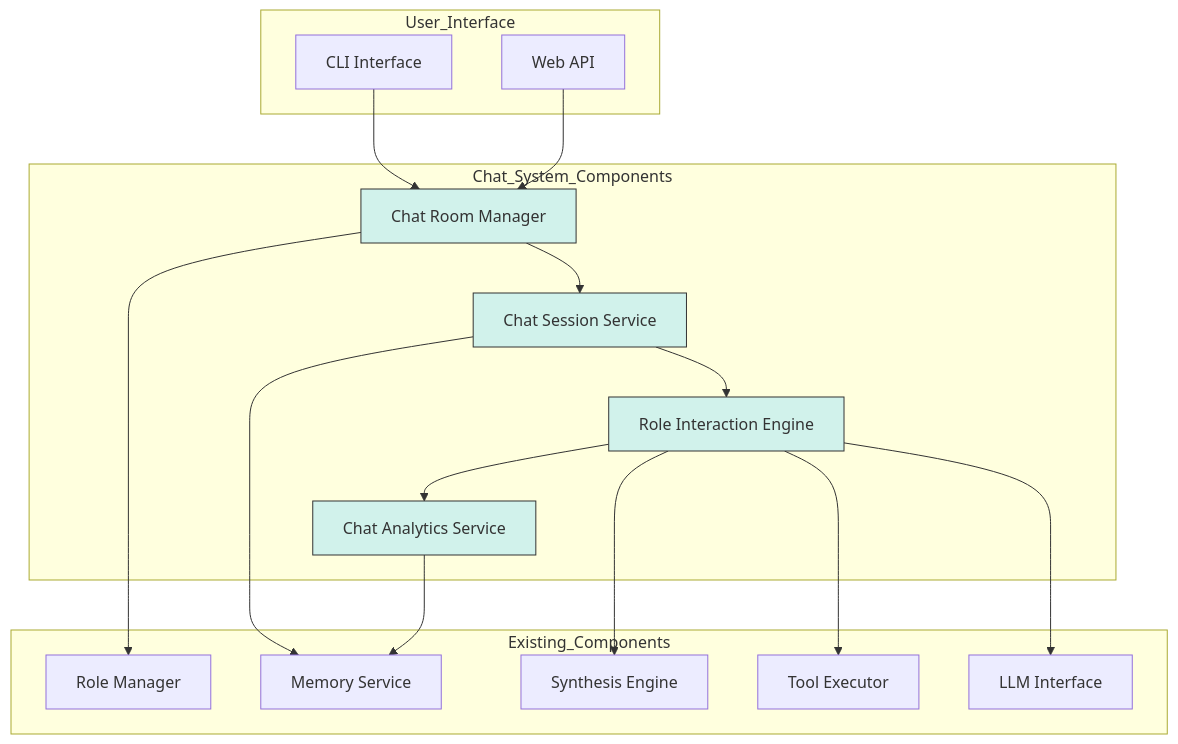
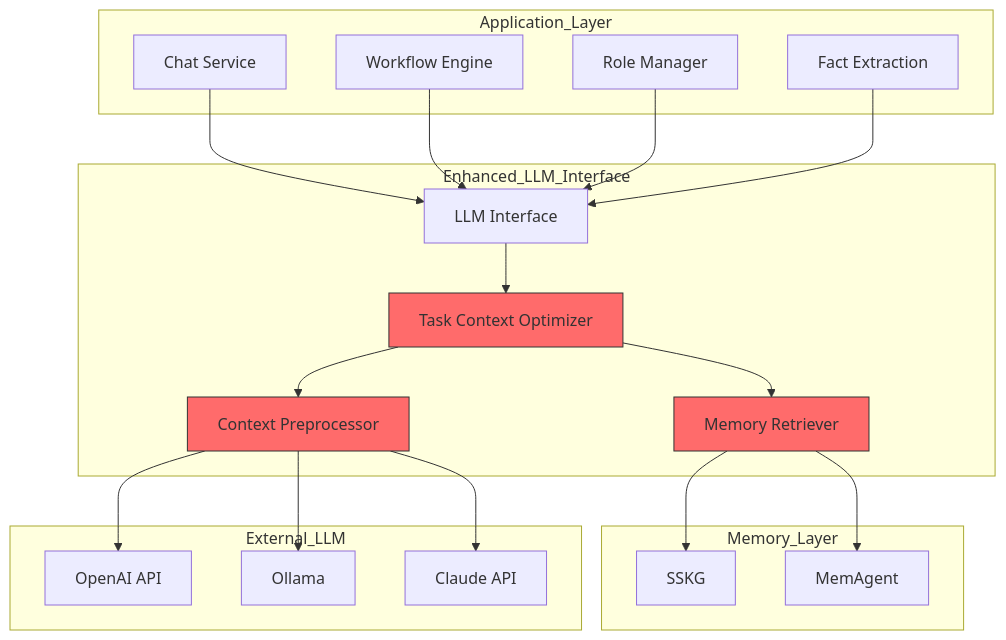
One commit to ptreezh/daip_mvp changed the second of 3 diagrams in .kiro/specs/virtual-role-chat-system/design.md. Above: the diagram before and after it, drawn with Mermaid. The commit also changed other lines of this file and 128 other files, not shown here.

````diff
--- a/.kiro/specs/virtual-role-chat-system/design.md
+++ b/.kiro/specs/virtual-role-chat-system/design.md
@@ -13,41 +671,47 @@
 ```mermaid
 graph TD
-    subgraph User_Interface
-        CLI[CLI Interface]
-        API[Web API]
+    subgraph Application_Layer
+        ChatService[Chat Service]
+        WorkflowEngine[Workflow Engine]
+        RoleManager[Role Manager]
+        FactExtraction[Fact Extraction]
     end
-
-    subgraph Chat_System_Components
-        ChatRoomManager[Chat Room Manager]
-        ChatSessionService[Chat Session Service]
-        RoleInteractionEngine[Role Interaction Engine]
-        ChatAnalyticsService[Chat Analytics Service]
+    
+    subgraph Enhanced_LLM_Interface
+        LLMInterface[LLM Interface]
+        TaskContextOptimizer[Task Context Optimizer]
+        ContextPreprocessor[Context Preprocessor]
+        MemoryRetriever[Memory Retriever]
     end
-
-    subgraph Existing_Components
-        RoleManager[Role Manager]
-        MemoryService[Memory Service]
-        SynthesisEngine[Synthesis Engine]
-        ToolExecutor[Tool Executor]
-        LLMInterface[LLM Interface]
+    
+    subgraph Memory_Layer
+        SSKG[SSKG]
+        MemAgent[MemAgent]
     end
-
-    CLI --> ChatRoomManager
-    API --> ChatRoomManager
     
-    ChatRoomManager --> ChatSessionService
-    ChatSessionService --> RoleInteractionEngine
-    RoleInteractionEngine --> ChatAnalyticsService
+    subgraph External_LLM
+        OpenAI[OpenAI API]
+        Ollama[Ollama]
+        Claude[Claude API]
+    end
     
-    ChatRoomManager --> RoleManager
-    ChatSessionService --> MemoryService
-    RoleInteractionEngine --> SynthesisEngine
-    RoleInteractionEngine --> ToolExecutor
-    RoleInteractionEngine --> LLMInterface
-    ChatAnalyticsService --> MemoryService
-
-    style ChatRoomManager fill:#D1F2EB,stroke:#333
-    style ChatSessionService fill:#D1F2EB,stroke:#333
-    style RoleInteractionEngine fill:#D1F2EB,stroke:#333
-    style ChatAnalyticsService fill:#D1F2EB,stroke:#333
+    ChatService --> LLMInterface
+    WorkflowEngine --> LLMInterface
+    RoleManager --> LLMInterface
+    FactExtraction --> LLMInterface
+    
+    LLMInterface --> TaskContextOptimizer
+    TaskContextOptimizer --> ContextPreprocessor
+    TaskContextOptimizer --> MemoryRetriever
+    
+    MemoryRetriever --> SSKG
+    MemoryRetriever --> MemAgent
+    
+    ContextPreprocessor --> OpenAI
+    ContextPreprocessor --> Ollama
+    ContextPreprocessor --> Claude
+    
+    style TaskContextOptimizer fill:#FF6B6B,stroke:#333
+    style ContextPreprocessor fill:#FF6B6B,stroke:#333
+    style MemoryRetriever fill:#FF6B6B,stroke:#333
 ```
````
